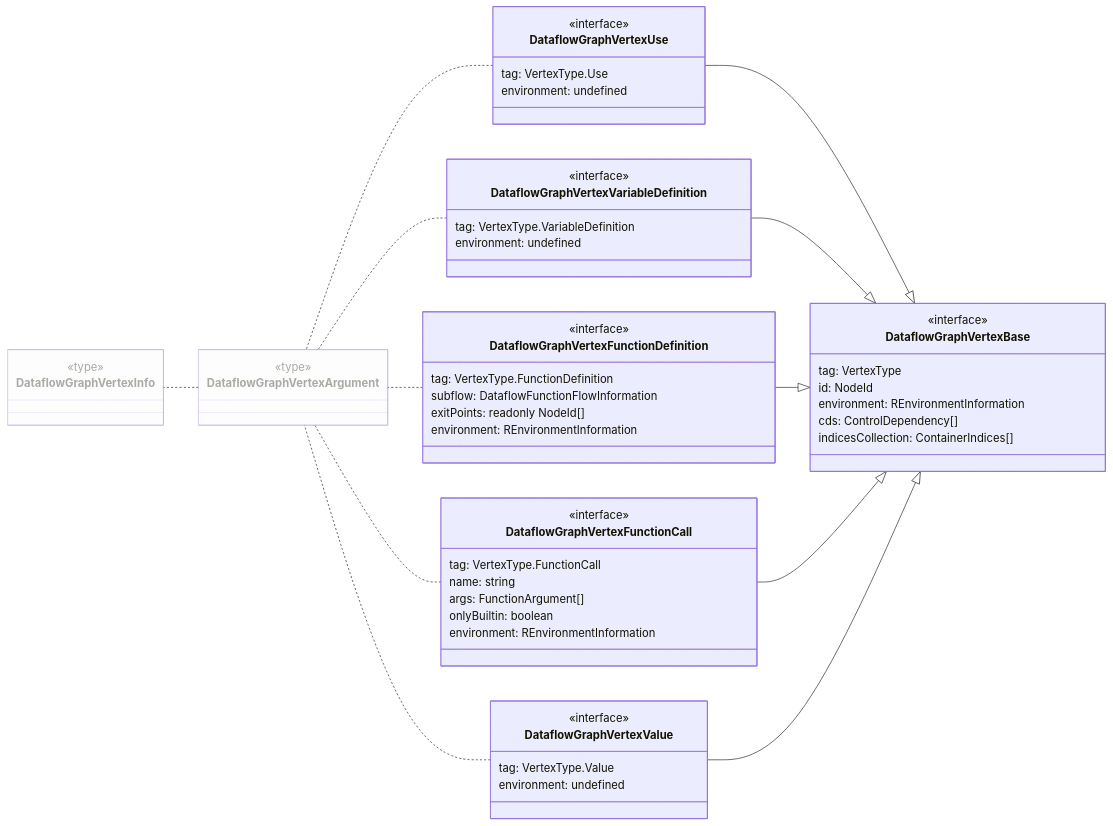
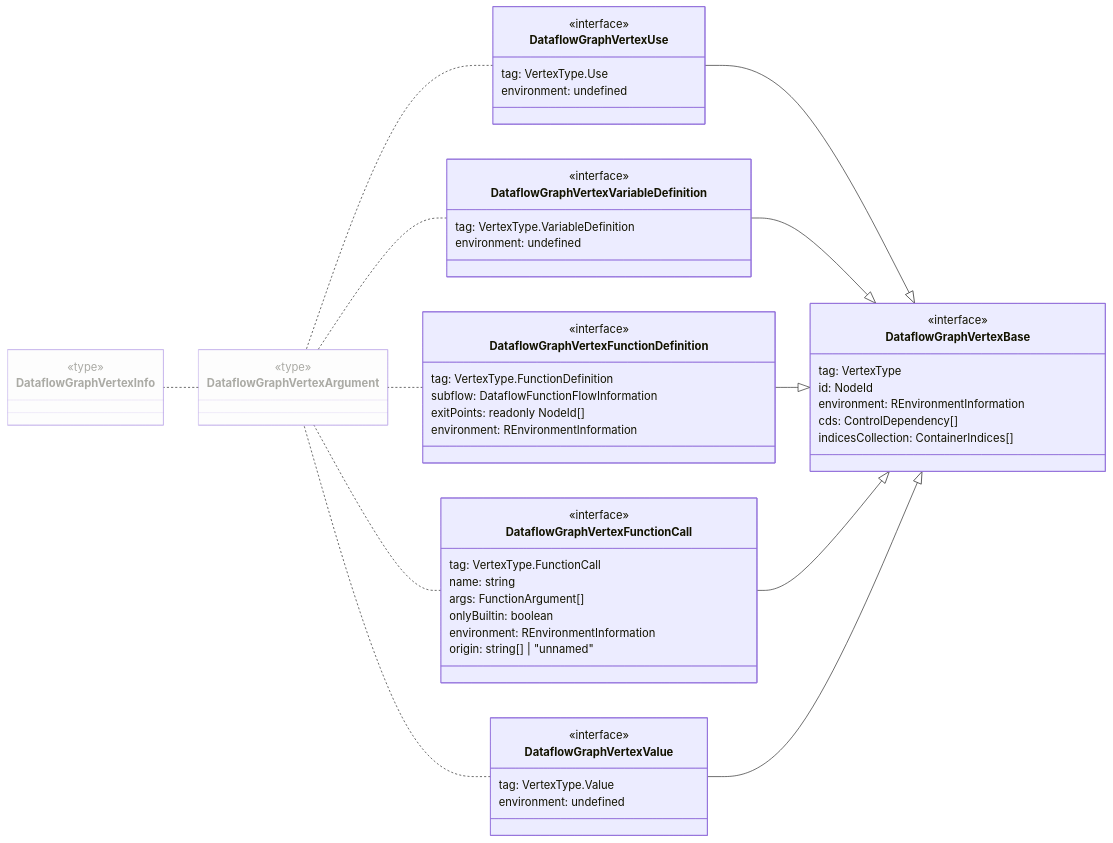
One commit to flowr-analysis/flowr changed the second of 48 diagrams in wiki/Dataflow Graph.md. Above: the diagram before and after it, drawn with Mermaid. The commit also changed other lines of this file and 3 other files, not shown here.

Commit message:
[skip ci] doc: update generated wiki pages (wiki/Dataflow Graph,wiki/Query API,wiki/Interface,wiki/Core)

````diff
--- a/wiki/Dataflow Graph.md
+++ b/wiki/Dataflow Graph.md
@@ -111,61 +111,62 @@
 ```mermaid
 classDiagram
 direction RL
 class DataflowGraphVertexInfo
     <<type>> DataflowGraphVertexInfo
 style DataflowGraphVertexInfo opacity:.35,fill:#FAFAFA
-click DataflowGraphVertexInfo href "https://github.com/flowr-analysis/flowr/tree/main//src/dataflow/graph/vertex.ts#L283" "This is the union type of all possible vertices that appear within a; #60;code#62;dataflow graph#60;/code#62;; , they can be constructed passing a; #60;code#62;DataflowGraphVertexArgument#60;/code#62;; to the graph.  See; #60;code#62;DataflowGraphVertices#60;/code#62;; for an id#45;based mapping."
+click DataflowGraphVertexInfo href "https://github.com/flowr-analysis/flowr/tree/main//src/dataflow/graph/vertex.ts#L289" "This is the union type of all possible vertices that appear within a; #60;code#62;dataflow graph#60;/code#62;; , they can be constructed passing a; #60;code#62;DataflowGraphVertexArgument#60;/code#62;; to the graph.  See; #60;code#62;DataflowGraphVertices#60;/code#62;; for an id#45;based mapping."
 class DataflowGraphVertexArgument
     <<type>> DataflowGraphVertexArgument
 style DataflowGraphVertexArgument opacity:.35,fill:#FAFAFA
-click DataflowGraphVertexArgument href "https://github.com/flowr-analysis/flowr/tree/main//src/dataflow/graph/vertex.ts#L275" "What is to be passed to construct a vertex in the; #60;code#62;dataflow graph#60;/code#62;"
+click DataflowGraphVertexArgument href "https://github.com/flowr-analysis/flowr/tree/main//src/dataflow/graph/vertex.ts#L281" "What is to be passed to construct a vertex in the; #60;code#62;dataflow graph#60;/code#62;"
 class DataflowGraphVertexUse
     <<interface>> DataflowGraphVertexUse
     DataflowGraphVertexUse : tag#58; VertexType.Use
     DataflowGraphVertexUse : environment#58; undefined
-click DataflowGraphVertexUse href "https://github.com/flowr-analysis/flowr/tree/main//src/dataflow/graph/vertex.ts#L212" "Arguments required to construct a vertex which represents the usage of a variable in the; #60;code#62;dataflow graph#60;/code#62;; ."
+click DataflowGraphVertexUse href "https://github.com/flowr-analysis/flowr/tree/main//src/dataflow/graph/vertex.ts#L213" "Arguments required to construct a vertex which represents the usage of a variable in the; #60;code#62;dataflow graph#60;/code#62;; ."
 class DataflowGraphVertexBase
     <<interface>> DataflowGraphVertexBase
     DataflowGraphVertexBase : tag#58; VertexType
     DataflowGraphVertexBase : id#58; NodeId
     DataflowGraphVertexBase : environment#58; REnvironmentInformation
     DataflowGraphVertexBase : cds#58; ControlDependency#91;#93;
     DataflowGraphVertexBase : indicesCollection#58; ContainerIndices#91;#93;
-click DataflowGraphVertexBase href "https://github.com/flowr-analysis/flowr/tree/main//src/dataflow/graph/vertex.ts#L155" "Arguments required to construct a vertex in the; #60;code#62;dataflow graph#60;/code#62;; ."
+click DataflowGraphVertexBase href "https://github.com/flowr-analysis/flowr/tree/main//src/dataflow/graph/vertex.ts#L156" "Arguments required to construct a vertex in the; #60;code#62;dataflow graph#60;/code#62;; ."
 class DataflowGraphVertexVariableDefinition
     <<interface>> DataflowGraphVertexVariableDefinition
     DataflowGraphVertexVariableDefinition : tag#58; VertexType.VariableDefinition
     DataflowGraphVertexVariableDefinition : environment#58; undefined
-click DataflowGraphVertexVariableDefinition href "https://github.com/flowr-analysis/flowr/tree/main//src/dataflow/graph/vertex.ts#L245" "Arguments required to construct a vertex which represents the definition of a variable in the; #60;code#62;dataflow graph#60;/code#62;; ."
+click DataflowGraphVertexVariableDefinition href "https://github.com/flowr-analysis/flowr/tree/main//src/dataflow/graph/vertex.ts#L251" "Arguments required to construct a vertex which represents the definition of a variable in the; #60;code#62;dataflow graph#60;/code#62;; ."
 class DataflowGraphVertexFunctionDefinition
     <<interface>> DataflowGraphVertexFunctionDefinition
     DataflowGraphVertexFunctionDefinition : tag#58; VertexType.FunctionDefinition
     DataflowGraphVertexFunctionDefinition : subflow#58; DataflowFunctionFlowInformation
     DataflowGraphVertexFunctionDefinition : exitPoints#58; readonly NodeId#91;#93;
     DataflowGraphVertexFunctionDefinition : environment#58; REnvironmentInformation
-click DataflowGraphVertexFunctionDefinition href "https://github.com/flowr-analysis/flowr/tree/main//src/dataflow/graph/vertex.ts#L256" "Arguments required to construct a vertex which represents the definition of a function in the; #60;code#62;dataflow graph#60;/code#62;; ."
+click DataflowGraphVertexFunctionDefinition href "https://github.com/flowr-analysis/flowr/tree/main//src/dataflow/graph/vertex.ts#L262" "Arguments required to construct a vertex which represents the definition of a function in the; #60;code#62;dataflow graph#60;/code#62;; ."
 class DataflowGraphVertexFunctionCall
     <<interface>> DataflowGraphVertexFunctionCall
     DataflowGraphVertexFunctionCall : tag#58; VertexType.FunctionCall
     DataflowGraphVertexFunctionCall : name#58; string
     DataflowGraphVertexFunctionCall : args#58; FunctionArgument#91;#93;
     DataflowGraphVertexFunctionCall : onlyBuiltin#58; boolean
     DataflowGraphVertexFunctionCall : environment#58; REnvironmentInformation
-click DataflowGraphVertexFunctionCall href "https://github.com/flowr-analysis/flowr/tree/main//src/dataflow/graph/vertex.ts#L223" "Arguments required to construct a vertex which represents the usage of a variable in the; #60;code#62;dataflow graph#60;/code#62;; ."
+    DataflowGraphVertexFunctionCall : origin#58; string#91;#93; | #34;unnamed#34;
+click DataflowGraphVertexFunctionCall href "https://github.com/flowr-analysis/flowr/tree/main//src/dataflow/graph/vertex.ts#L224" "Arguments required to construct a vertex which represents the usage of a variable in the; #60;code#62;dataflow graph#60;/code#62;; ."
 class DataflowGraphVertexValue
     <<interface>> DataflowGraphVertexValue
     DataflowGraphVertexValue : tag#58; VertexType.Value
     DataflowGraphVertexValue : environment#58; undefined
-click DataflowGraphVertexValue href "https://github.com/flowr-analysis/flowr/tree/main//src/dataflow/graph/vertex.ts#L202" "Marker vertex for a value in the dataflow of the program. This does not contain the #95;value#95; of the referenced constant as this is available with the; #60;code#62;id#60;/code#62;; in the; #60;code#62;normalized AST#60;/code#62;; (or more specifically the; #60;code#62;AstIdMap#60;/code#62;; ).  If you have a; #60;code#62;dataflow graph#60;/code#62;; named #96;graph#96; with an; #60;code#62;AstIdMap#60;/code#62;; and a value vertex object with name #96;value#96; the following Code should work#58;"
+click DataflowGraphVertexValue href "https://github.com/flowr-analysis/flowr/tree/main//src/dataflow/graph/vertex.ts#L203" "Marker vertex for a value in the dataflow of the program. This does not contain the #95;value#95; of the referenced constant as this is available with the; #60;code#62;id#60;/code#62;; in the; #60;code#62;normalized AST#60;/code#62;; (or more specifically the; #60;code#62;AstIdMap#60;/code#62;; ).  If you have a; #60;code#62;dataflow graph#60;/code#62;; named #96;graph#96; with an; #60;code#62;AstIdMap#60;/code#62;; and a value vertex object with name #96;value#96; the following Code should work#58;"
 DataflowGraphVertexArgument .. DataflowGraphVertexInfo
 DataflowGraphVertexUse .. DataflowGraphVertexArgument
 DataflowGraphVertexBase <|-- DataflowGraphVertexUse
 DataflowGraphVertexVariableDefinition .. DataflowGraphVertexArgument
 DataflowGraphVertexBase <|-- DataflowGraphVertexVariableDefinition
 DataflowGraphVertexFunctionDefinition .. DataflowGraphVertexArgument
 DataflowGraphVertexBase <|-- DataflowGraphVertexFunctionDefinition
 DataflowGraphVertexFunctionCall .. DataflowGraphVertexArgument
 DataflowGraphVertexBase <|-- DataflowGraphVertexFunctionCall
 DataflowGraphVertexValue .. DataflowGraphVertexArgument
 DataflowGraphVertexBase <|-- DataflowGraphVertexValue
 ```
````
